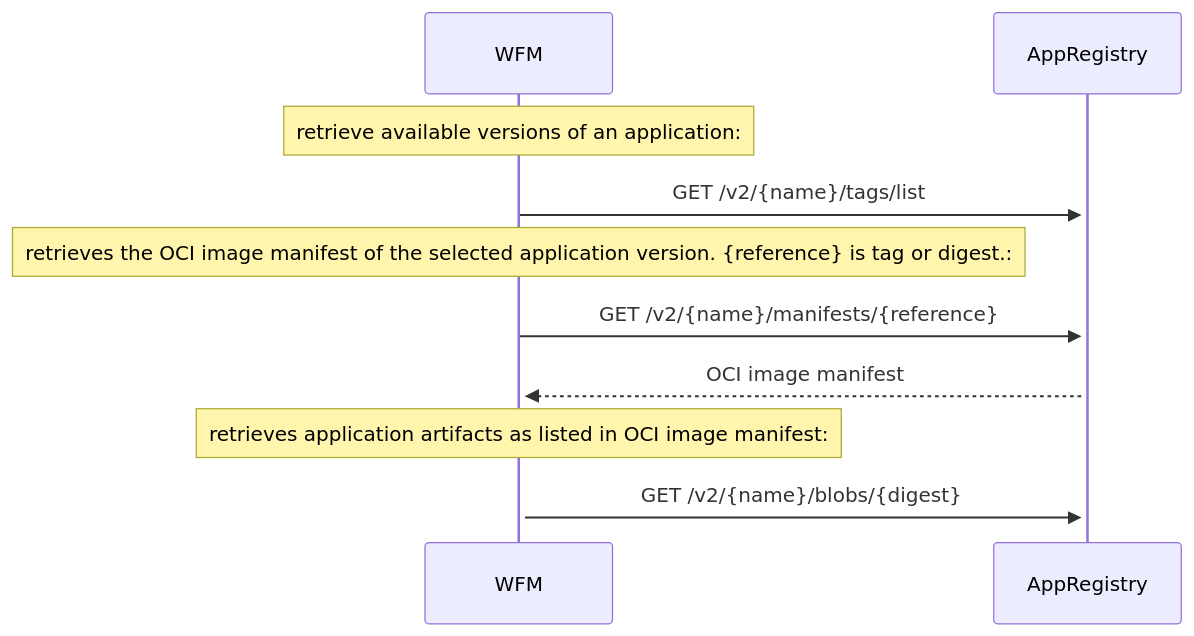
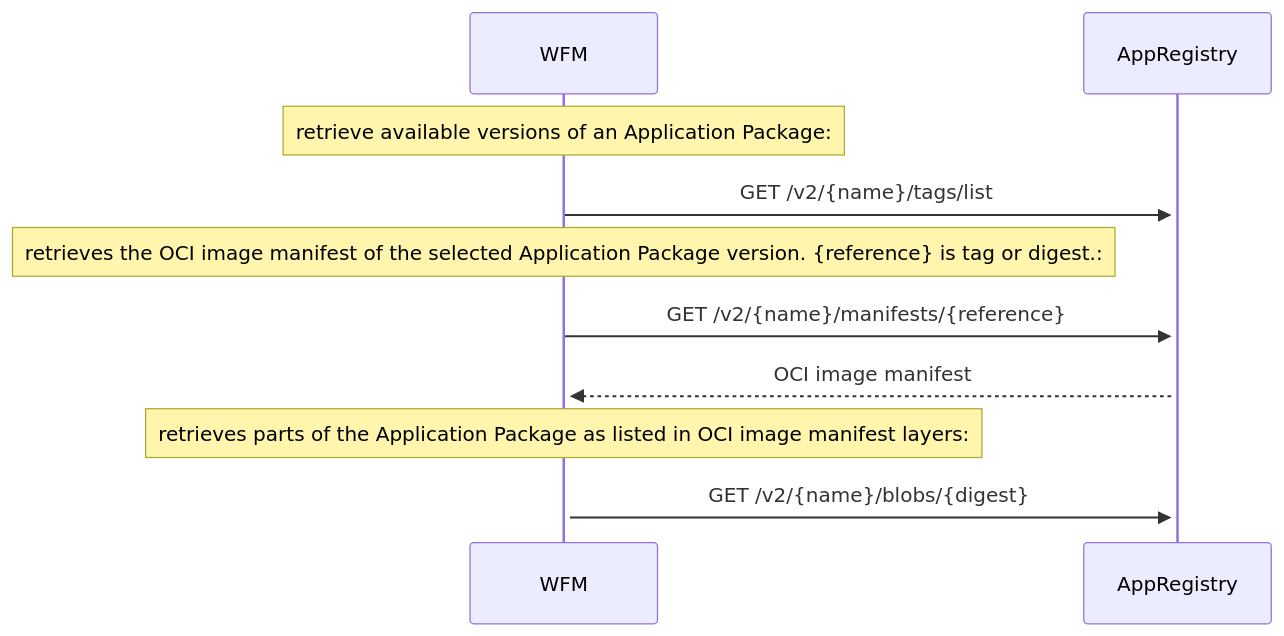
The second of 2 diagrams in system-design/specification/application-package/application-registry.md (Silvanoc/margo-specification), drawn with Mermaid before and after one commit. The commit also changed other lines of this file, not shown here.

````diff
--- a/system-design/specification/application-package/application-registry.md
+++ b/system-design/specification/application-package/application-registry.md
@@ -64,13 +69,13 @@
 ```mermaid
 sequenceDiagram
-    Note over WFM: retrieve available versions of an application:
+    Note over WFM: retrieve available versions of an Application Package:
     WFM->>+AppRegistry: GET /v2/{name}/tags/list
     
-    Note over WFM: retrieves the OCI image manifest of the selected application version. {reference} is tag or digest.:
+    Note over WFM: retrieves the OCI image manifest of the selected Application Package version. {reference} is tag or digest.:
     WFM->>+AppRegistry: GET /v2/{name}/manifests/{reference}
     
     AppRegistry-->>+WFM: OCI image manifest
 
-    Note over WFM: retrieves application artifacts as listed in OCI image manifest:
+    Note over WFM: retrieves parts of the Application Package as listed in OCI image manifest layers:
     WFM->>AppRegistry: GET /v2/{name}/blobs/{digest}
 ```
````
